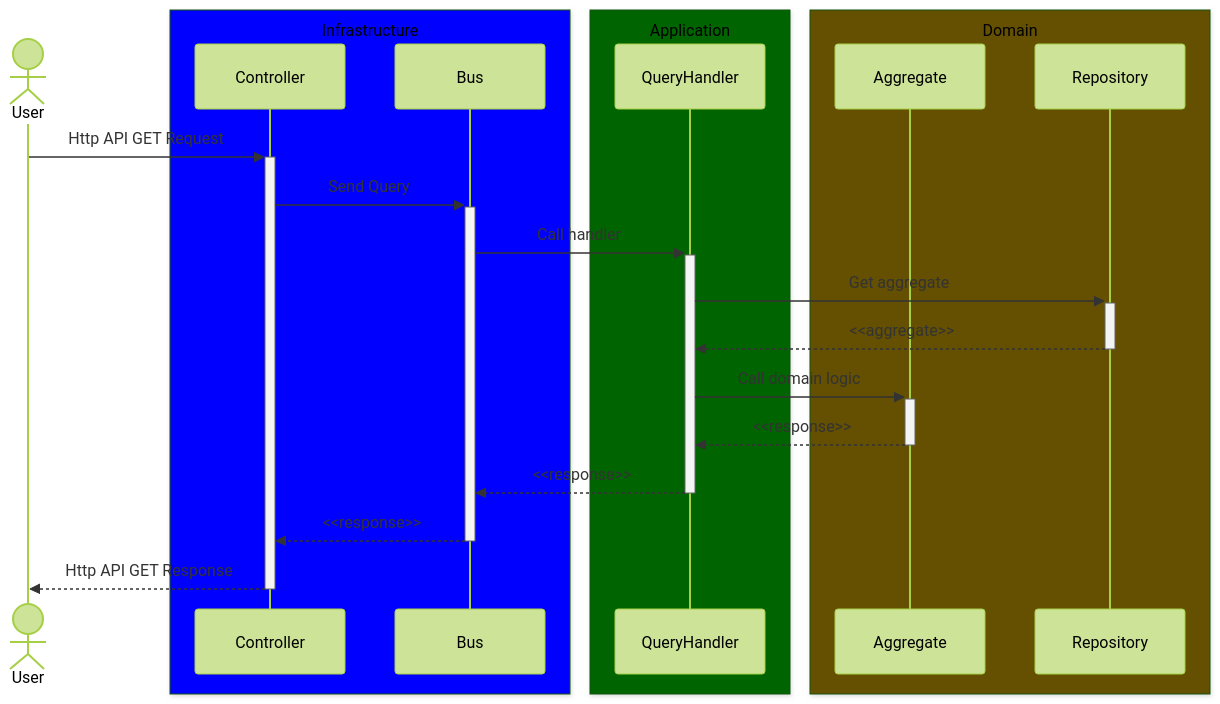
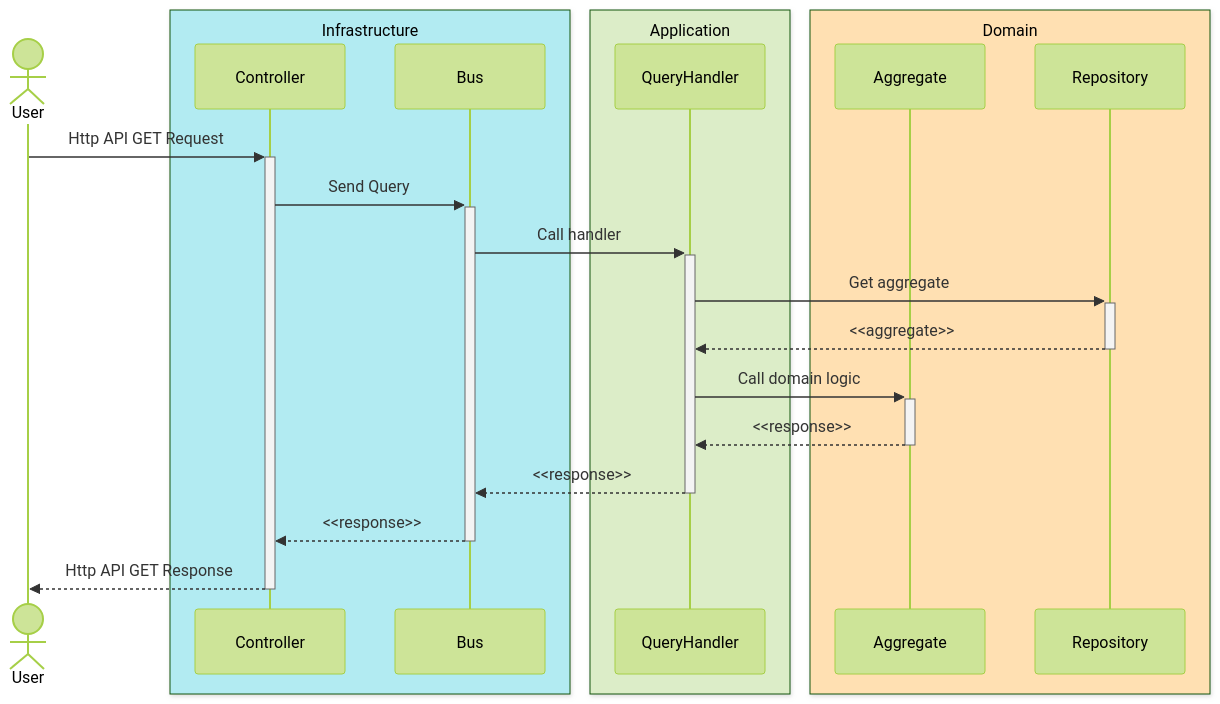
One commit to juanjmerono/faker changed the fourth of 6 diagrams in README.md. Above: the diagram before and after it, drawn with Mermaid (forest theme). The commit also changed other lines of this file, not shown here.

````diff
--- a/README.md
+++ b/README.md
@@ -212,28 +212,28 @@
 ```mermaid
 ---
 Diagrama Secuncia QUERY
 ---
 sequenceDiagram
     actor User
-    box Blue Infrastructure
+    box rgb(178,235,242) Infrastructure
     participant Controller
     participant Bus
     end
-    box rgb(0,100,0) Application
+    box rgb(220,237,200) Application
     participant QueryHandler
     end
-    box rgb(100,80,0) Domain
+    box rgb(255,224,178) Domain
     participant Aggregate
     participant Repository
     end
     User->>+Controller: Http API GET Request 
     Controller->>+Bus: Send Query
     Bus->>+QueryHandler: Call handler
     QueryHandler->>+Repository: Get aggregate
     Repository-->>-QueryHandler: <<aggregate>>
     QueryHandler->>+Aggregate: Call domain logic
     Aggregate-->>-QueryHandler: <<response>>
     QueryHandler-->>-Bus: <<response>>
     Bus-->>-Controller: <<response>>
     Controller-->>-User: Http API GET Response
 ```
````
